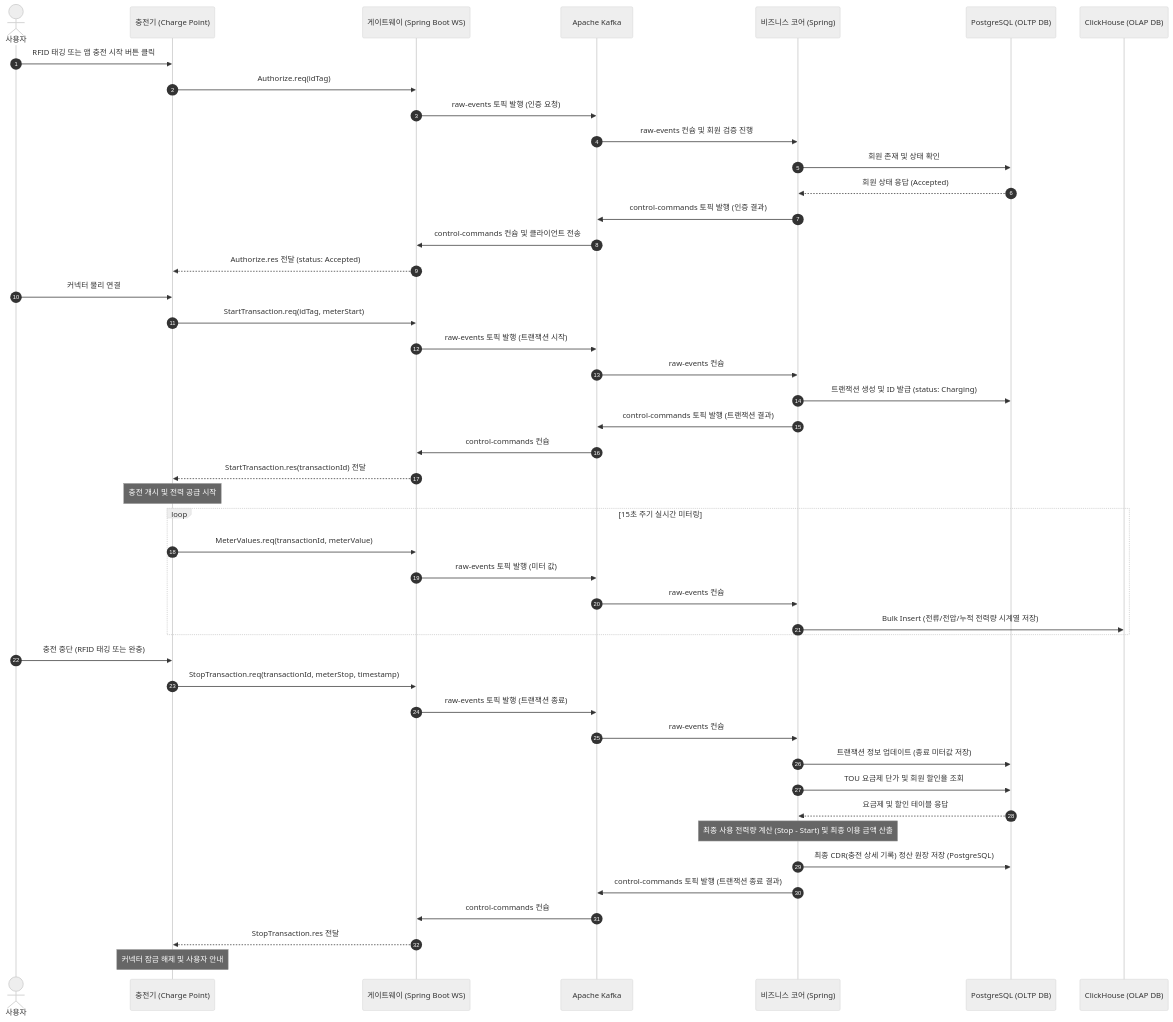
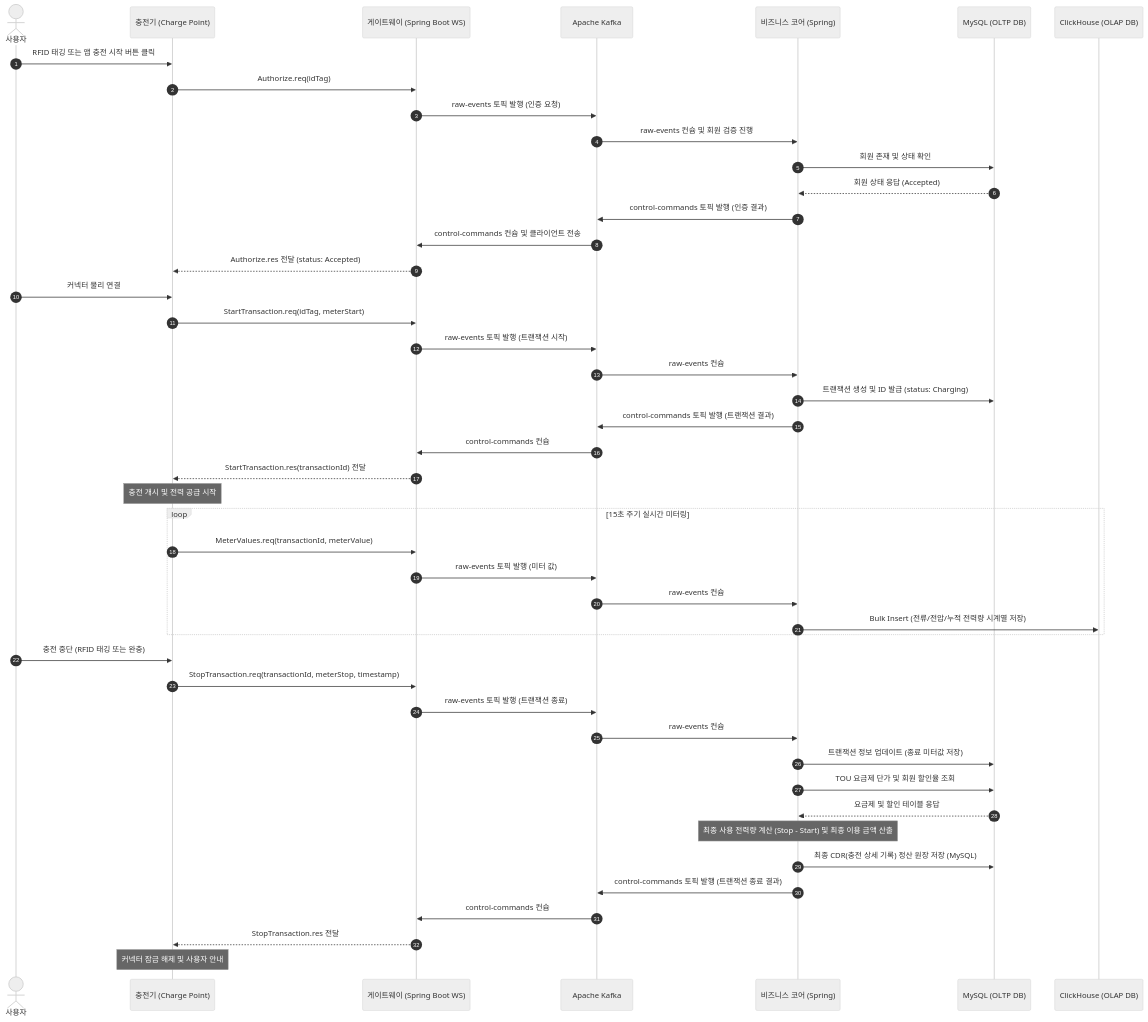
One commit to h2y-hyhong2/h2y-ocpp changed the tenth of 10 diagrams in doc/01.standard_solution/01.prd.md. Above: the diagram before and after it, drawn with Mermaid (neutral theme). The commit also changed other lines of this file and 7 other files, not shown here.

````diff
--- a/doc/01.standard_solution/01.prd.md
+++ b/doc/01.standard_solution/01.prd.md
@@ -631,54 +631,54 @@
 ```mermaid
 sequenceDiagram
     autonumber
     actor User as 사용자
     participant CP as 충전기 (Charge Point)
     participant GW as 게이트웨이 (Spring Boot WS)
     participant Kafka as Apache Kafka
     participant Core as 비즈니스 코어 (Spring)
-    participant PG as PostgreSQL (OLTP DB)
+    participant MySQL as MySQL (OLTP DB)
     participant CH as ClickHouse (OLAP DB)
 
     %% 1. 인증 및 충전 시작
     User->>CP: RFID 태깅 또는 앱 충전 시작 버튼 클릭
     CP->>GW: Authorize.req(idTag)
     GW->>Kafka: raw-events 토픽 발행 (인증 요청)
     Kafka->>Core: raw-events 컨슘 및 회원 검증 진행
-    Core->>PG: 회원 존재 및 상태 확인
-    PG-->>Core: 회원 상태 응답 (Accepted)
+    Core->>MySQL: 회원 존재 및 상태 확인
+    MySQL-->>Core: 회원 상태 응답 (Accepted)
     Core->>Kafka: control-commands 토픽 발행 (인증 결과)
     Kafka->>GW: control-commands 컨슘 및 클라이언트 전송
     GW-->>CP: Authorize.res 전달 (status: Accepted)
     User->>CP: 커넥터 물리 연결
     CP->>GW: StartTransaction.req(idTag, meterStart)
     GW->>Kafka: raw-events 토픽 발행 (트랜잭션 시작)
     Kafka->>Core: raw-events 컨슘
-    Core->>PG: 트랜잭션 생성 및 ID 발급 (status: Charging)
+    Core->>MySQL: 트랜잭션 생성 및 ID 발급 (status: Charging)
     Core->>Kafka: control-commands 토픽 발행 (트랜잭션 결과)
     Kafka->>GW: control-commands 컨슘
     GW-->>CP: StartTransaction.res(transactionId) 전달
     Note over CP: 충전 개시 및 전력 공급 시작
 
     %% 2. 실시간 미터 수집 (ClickHouse 단독 적재)
     loop 15초 주기 실시간 미터링
         CP->>GW: MeterValues.req(transactionId, meterValue)
         GW->>Kafka: raw-events 토픽 발행 (미터 값)
         Kafka->>Core: raw-events 컨슘
         Core->>CH: Bulk Insert (전류/전압/누적 전력량 시계열 저장)
     end
 
     %% 3. 충전 종료 및 정산
     User->>CP: 충전 중단 (RFID 태깅 또는 완충)
     CP->>GW: StopTransaction.req(transactionId, meterStop, timestamp)
     GW->>Kafka: raw-events 토픽 발행 (트랜잭션 종료)
     Kafka->>Core: raw-events 컨슘
-    Core->>PG: 트랜잭션 정보 업데이트 (종료 미터값 저장)
-    Core->>PG: TOU 요금제 단가 및 회원 할인율 조회
-    PG-->>Core: 요금제 및 할인 테이블 응답
+    Core->>MySQL: 트랜잭션 정보 업데이트 (종료 미터값 저장)
+    Core->>MySQL: TOU 요금제 단가 및 회원 할인율 조회
+    MySQL-->>Core: 요금제 및 할인 테이블 응답
     Note over Core: 최종 사용 전력량 계산 (Stop - Start) 및 최종 이용 금액 산출
-    Core->>PG: 최종 CDR(충전 상세 기록) 정산 원장 저장 (PostgreSQL)
+    Core->>MySQL: 최종 CDR(충전 상세 기록) 정산 원장 저장 (MySQL)
     Core->>Kafka: control-commands 토픽 발행 (트랜잭션 종료 결과)
     Kafka->>GW: control-commands 컨슘
     GW-->>CP: StopTransaction.res 전달
     Note over CP: 커넥터 잠금 해제 및 사용자 안내
 ```
````
